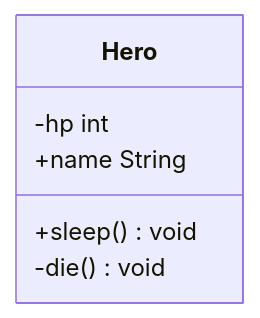
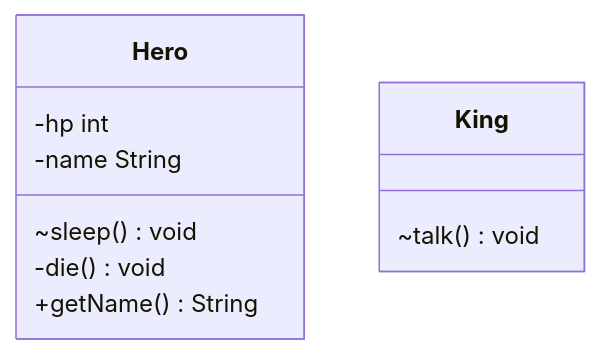
One commit to naorex/Sukkiri_Java_beginner changed the diagram in chapter7/Class.md. Above: the diagram before and after it, drawn with Mermaid. The commit also changed 4 other files, not shown here.

````diff
--- a/chapter7/Class.md
+++ b/chapter7/Class.md
@@ -1,11 +1,16 @@
 ```mermaid
 classDiagram
 
 class Hero {
     -hp int
-    +name String
-    +sleep() void
+    -name String
+    ~sleep() void
     -die() void
+    +getName() String
+}
+
+class King {
+    ~talk() void
 }
 
 ```
````
